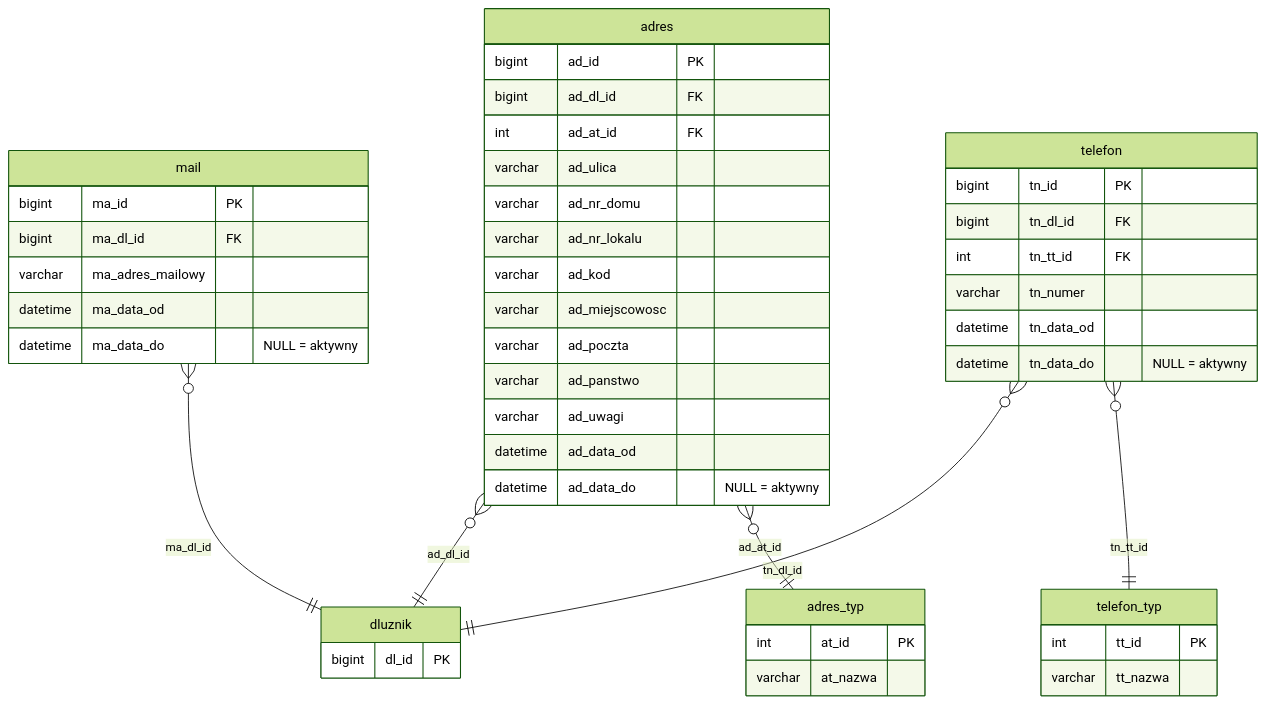
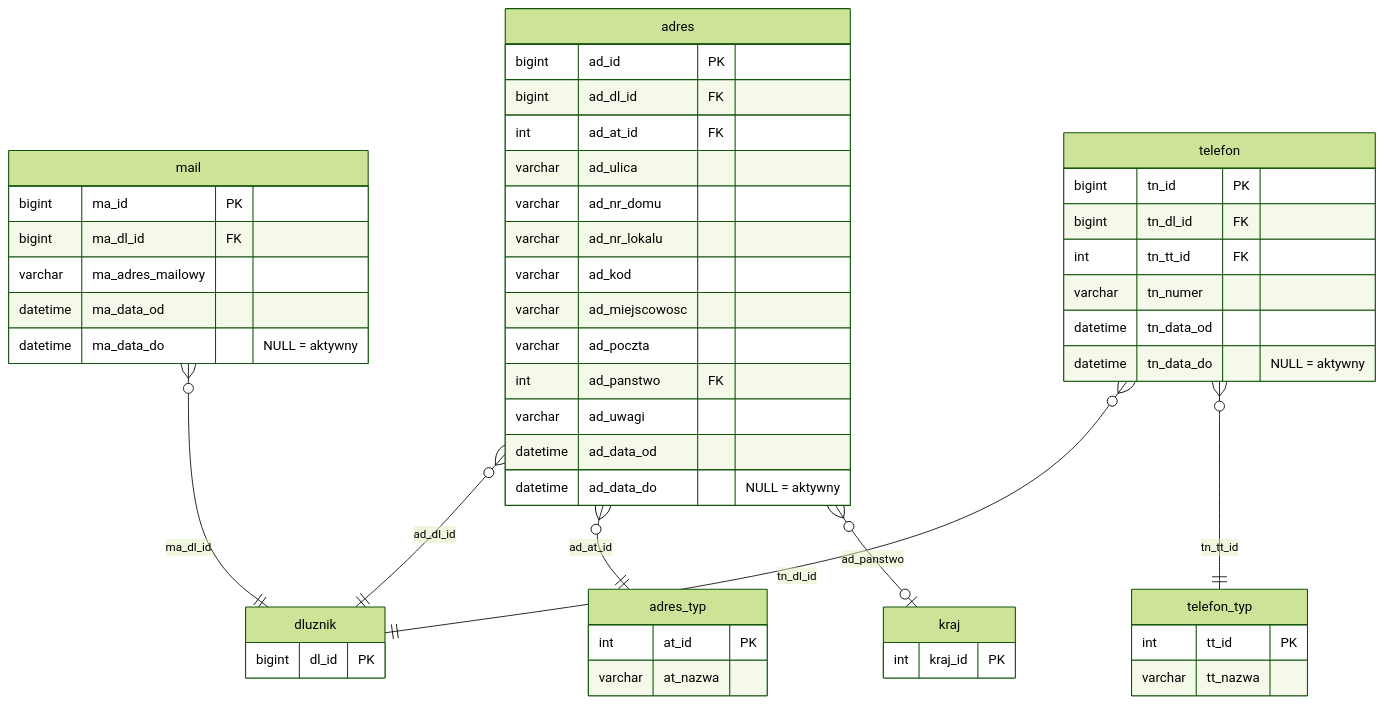
One commit to oskar-bialek-bakk/intrum-migration-docs changed the diagram in docs/struktura-stagingu/kontakty.md. Above: the diagram before and after it, drawn with Mermaid (forest theme). The commit also changed other lines of this file and 9 other files, not shown here.

````diff
--- a/docs/struktura-stagingu/kontakty.md
+++ b/docs/struktura-stagingu/kontakty.md
@@ -25,55 +25,60 @@
 ```mermaid
 erDiagram
     dluznik {
         bigint  dl_id    PK
     }
 
     adres_typ {
         int     at_id    PK
         varchar at_nazwa
     }
 
     telefon_typ {
         int     tt_id    PK
         varchar tt_nazwa
     }
 
+    kraj {
+        int     kraj_id  PK
+    }
+
     adres {
         bigint   ad_id          PK
         bigint   ad_dl_id       FK
         int      ad_at_id       FK
         varchar  ad_ulica
         varchar  ad_nr_domu
         varchar  ad_nr_lokalu
         varchar  ad_kod
         varchar  ad_miejscowosc
         varchar  ad_poczta
-        varchar  ad_panstwo
+        int      ad_panstwo  FK
         varchar  ad_uwagi
         datetime ad_data_od
         datetime ad_data_do            "NULL = aktywny"
     }
 
     mail {
         bigint   ma_id            PK
         bigint   ma_dl_id         FK
         varchar  ma_adres_mailowy
         datetime ma_data_od
         datetime ma_data_do            "NULL = aktywny"
     }
 
     telefon {
         bigint   tn_id    PK
         bigint   tn_dl_id FK
         int      tn_tt_id FK
         varchar  tn_numer
         datetime tn_data_od
         datetime tn_data_do            "NULL = aktywny"
     }
 
     adres       }o--||  dluznik     : "ad_dl_id"
     adres       }o--||  adres_typ   : "ad_at_id"
+    adres       }o--o|  kraj        : "ad_panstwo"
     mail        }o--||  dluznik     : "ma_dl_id"
     telefon     }o--||  dluznik     : "tn_dl_id"
     telefon     }o--||  telefon_typ : "tn_tt_id"
 ```
````
